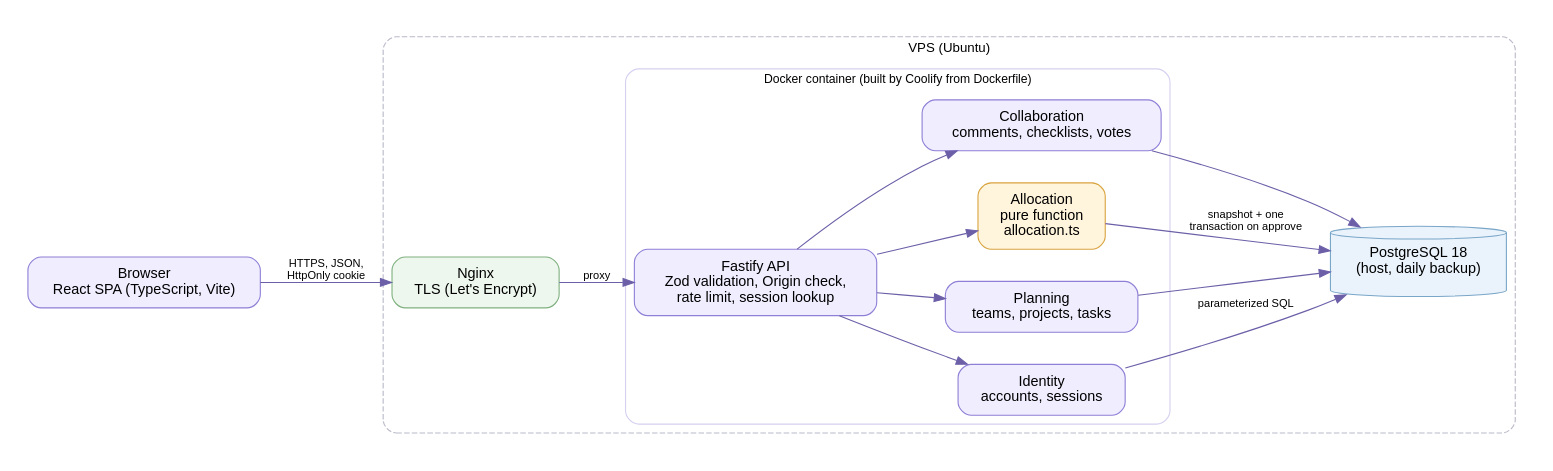
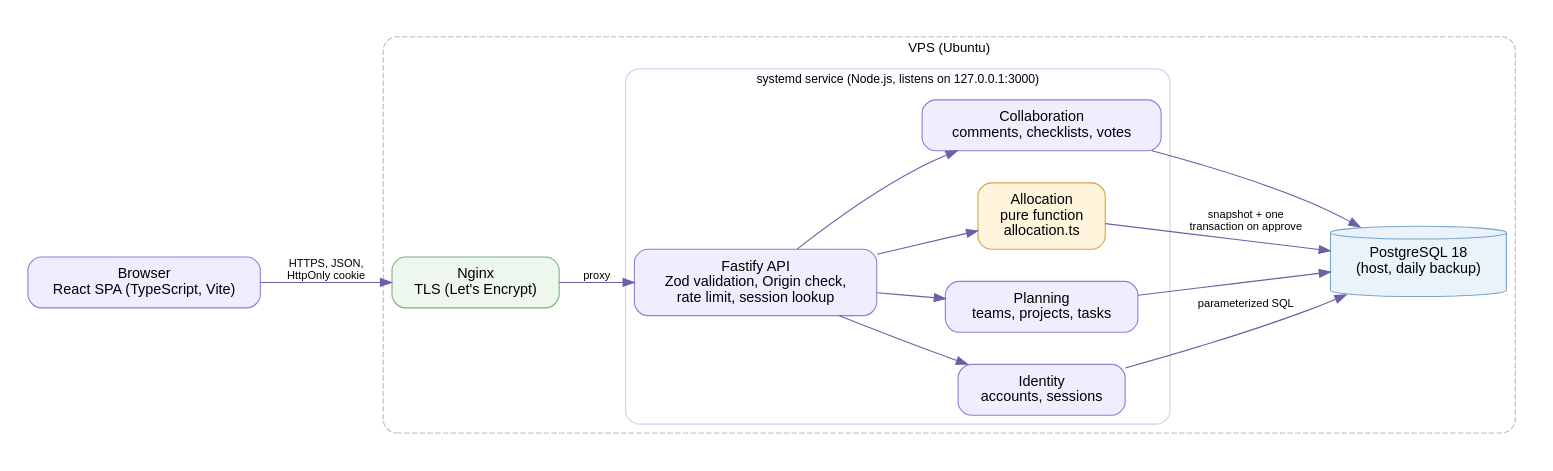
Before and after one commit to yerassylmurat07/fairshare: the diagram in submission/structure.dot, drawn with Graphviz. The commit also changed 8 other files, not shown here.

```diff
--- a/submission/structure.dot
+++ b/submission/structure.dot
@@ -1,26 +1,26 @@
 digraph FairShare {
  graph [rankdir=LR, bgcolor="white", fontname="Helvetica", nodesep=0.4, ranksep=0.55, pad=0.25];
  node [shape=box, style="rounded,filled", fillcolor="#f0edff", color="#8f7fd6", fontname="Helvetica", fontsize=13, margin="0.18,0.12"];
  edge [color="#6c5fa8", fontname="Helvetica", fontsize=10];
  Browser [label="Browser\nReact SPA (TypeScript, Vite)"];
  subgraph cluster_vps {
   label="VPS (Ubuntu)"; fontname="Helvetica"; fontsize=12; color="#b9b9c9"; style="rounded,dashed";
   Nginx [label="Nginx\nTLS (Let's Encrypt)", fillcolor="#eef7ee", color="#7fb07f"];
   subgraph cluster_app {
-   label="Docker container (built by Coolify from Dockerfile)"; fontname="Helvetica"; fontsize=11; color="#d6d0f0"; style=rounded;
+   label="systemd service (Node.js, listens on 127.0.0.1:3000)"; fontname="Helvetica"; fontsize=11; color="#d6d0f0"; style=rounded;
    API [label="Fastify API\nZod validation, Origin check,\nrate limit, session lookup"];
    Identity [label="Identity\naccounts, sessions"];
    Planning [label="Planning\nteams, projects, tasks"];
    Alloc [label="Allocation\npure function\nallocation.ts", fillcolor="#fff4dc", color="#d9a441"];
    Collab [label="Collaboration\ncomments, checklists, votes"];
   }
   DB [shape=cylinder, label="PostgreSQL 18\n(host, daily backup)", fillcolor="#eaf3fc", color="#7aa6c8"];
  }
  Browser -> Nginx [label="HTTPS, JSON,\nHttpOnly cookie"];
  Nginx -> API [label="proxy"];
  API -> Identity; API -> Planning; API -> Alloc; API -> Collab;
  Identity -> DB [label="parameterized SQL"];
  Planning -> DB;
  Alloc -> DB [label="snapshot + one\ntransaction on approve"];
  Collab -> DB;
 }
```
